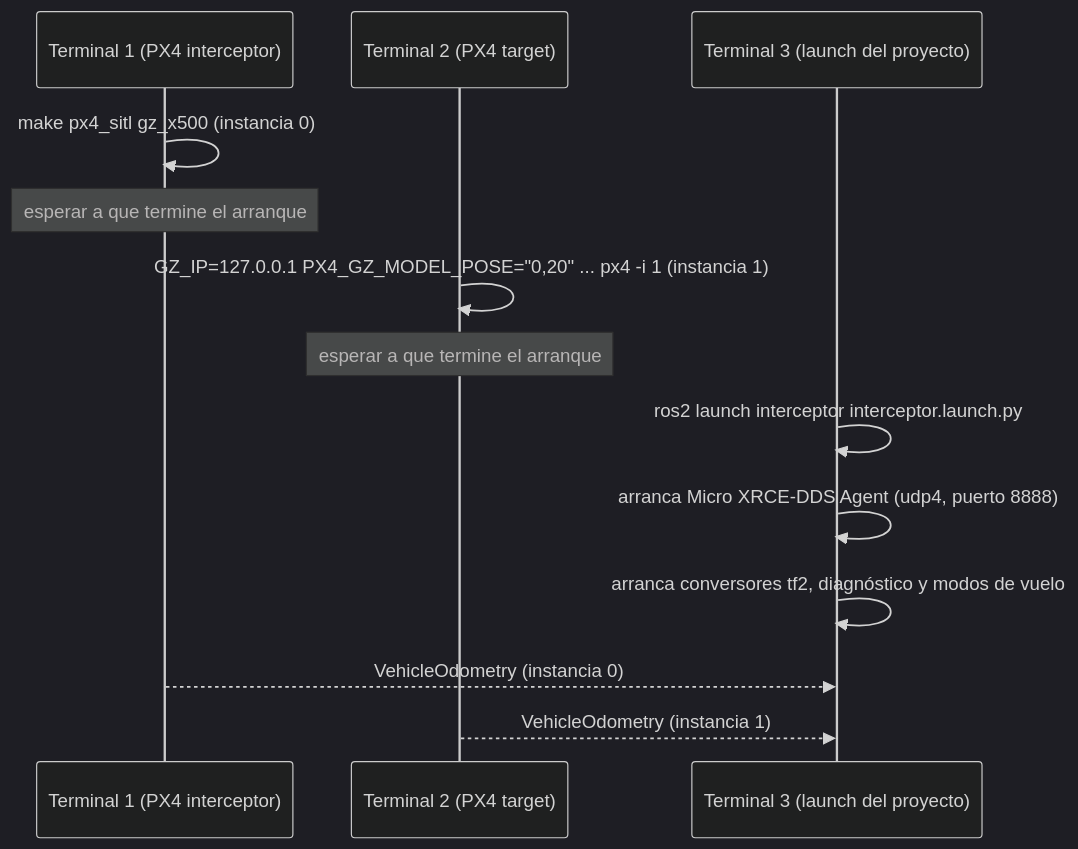
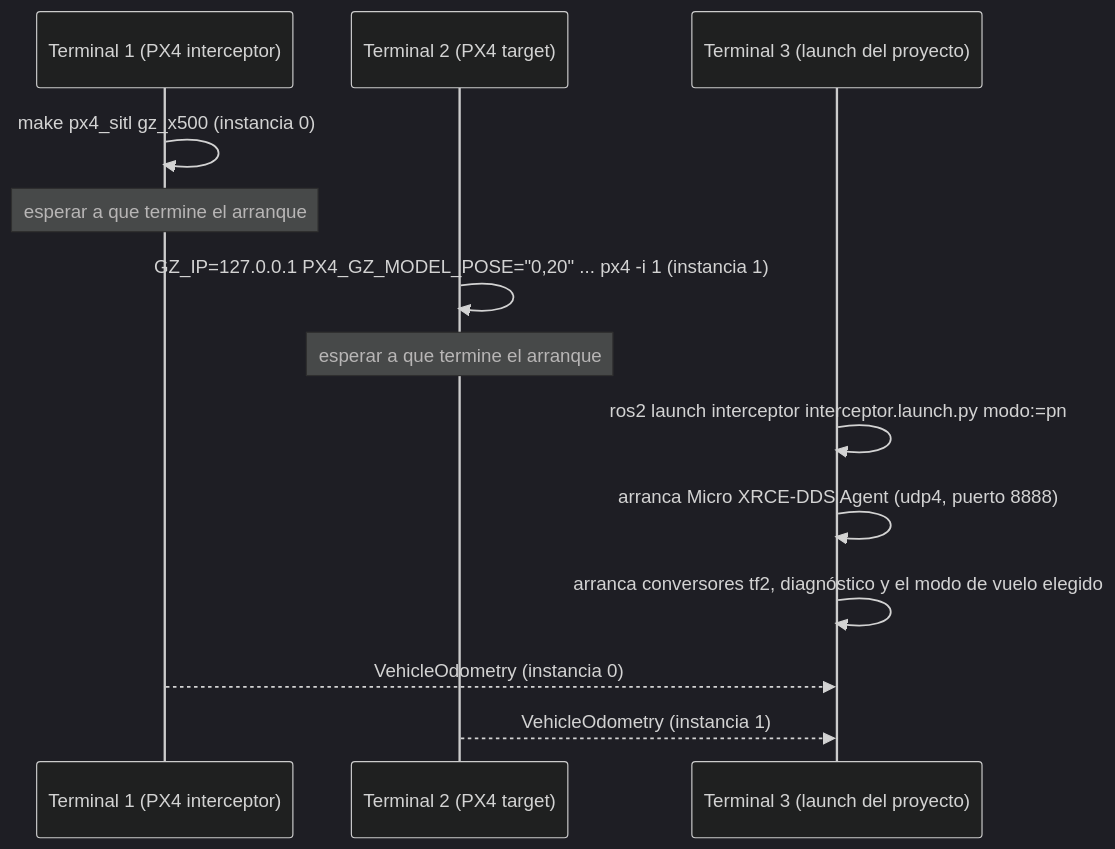
Before and after one commit to PACO-Interceptor/ws_interceptor: the diagram in docs/wiki/Simulation.md, drawn with Mermaid. The commit also changed other lines of this file and 11 other files, not shown here.

First line of the commit message:
Wiki: actualizar para el argumento `modo`, el origen común y el cierre del launch

````diff
--- a/docs/wiki/Simulation.md
+++ b/docs/wiki/Simulation.md
@@ -37,17 +37,17 @@
 ```mermaid
 %%{init: {"theme": "dark"}}%%
 sequenceDiagram
     participant T1 as Terminal 1 (PX4 interceptor)
     participant T2 as Terminal 2 (PX4 target)
     participant T3 as Terminal 3 (launch del proyecto)
 
     T1->>T1: make px4_sitl gz_x500 (instancia 0)
     Note over T1: esperar a que termine el arranque
     T2->>T2: GZ_IP=127.0.0.1 PX4_GZ_MODEL_POSE="0,20" ... px4 -i 1 (instancia 1)
     Note over T2: esperar a que termine el arranque
-    T3->>T3: ros2 launch interceptor interceptor.launch.py
+    T3->>T3: ros2 launch interceptor interceptor.launch.py modo:=pn
     T3->>T3: arranca Micro XRCE-DDS Agent (udp4, puerto 8888)
-    T3->>T3: arranca conversores tf2, diagnóstico y modos de vuelo
+    T3->>T3: arranca conversores tf2, diagnóstico y el modo de vuelo elegido
     T1-->>T3: VehicleOdometry (instancia 0)
     T2-->>T3: VehicleOdometry (instancia 1)
 ```
````
